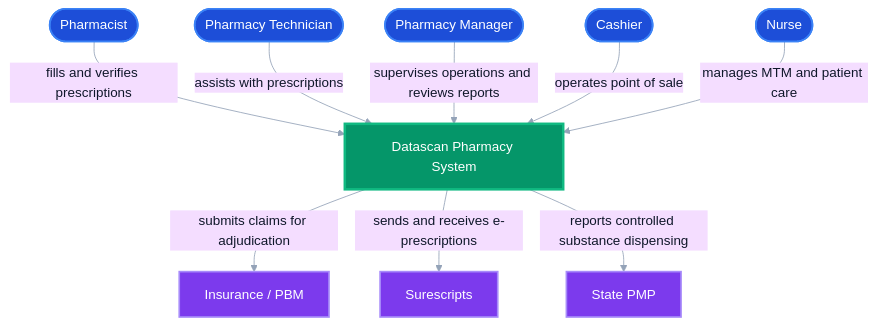
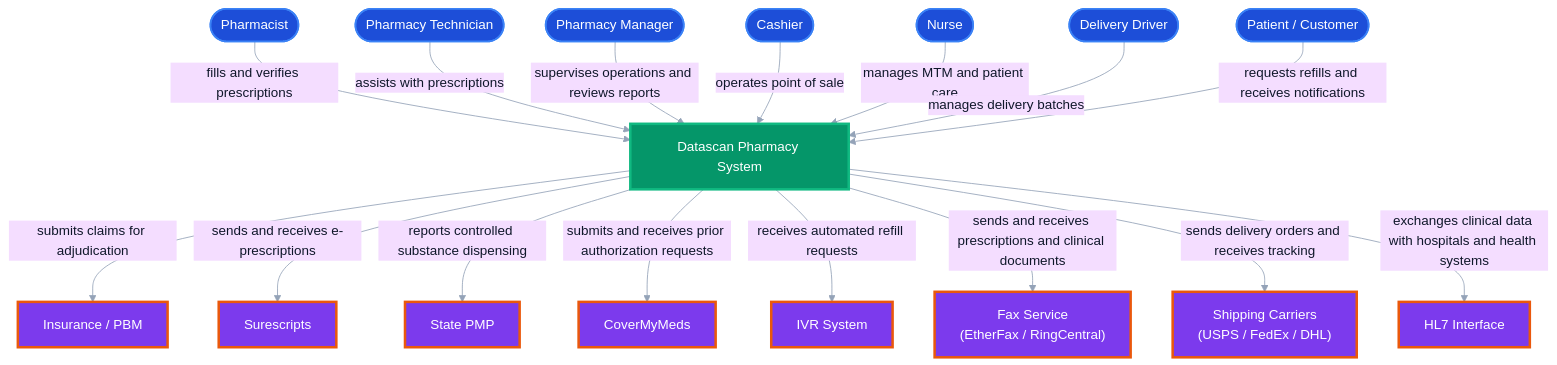
The diagram in C1.md (edsonvalher/datascanpharmacy-wpf-planselection), drawn with Mermaid before and after one commit. The commit also changed other lines of this file, not shown here.

Commit message:
identify external systems and corelation

````diff
--- a/C1.md
+++ b/C1.md
@@ -5,44 +5,58 @@
 ```mermaid
 %%{init: {'theme':'base','themeVariables':{
 'background':'#0f172a',
 'primaryTextColor':'#0f172a',
 'primaryBorderColor':'#334155',
 'lineColor':'#94a3b8',
 'fontFamily':'JetBrains Mono, monospace'
 }}}%%
 
 graph TD
 
     Pharmacist(["Pharmacist"])
     Technician(["Pharmacy Technician"])
     Manager(["Pharmacy Manager"])
     Cashier(["Cashier"])
     Nurse(["Nurse"])
+    Driver(["Delivery Driver"])
+    Patient(["Patient / Customer"])
 
     System["Datascan Pharmacy System"]
 
     PBM["Insurance / PBM"]
     Surescripts["Surescripts"]
     PMP["State PMP"]
+    CoverMyMeds["CoverMyMeds"]
+    IVR["IVR System"]
+    Fax["Fax Service\n(EtherFax / RingCentral)"]
+    Shipping["Shipping Carriers\n(USPS / FedEx / DHL)"]
+    HL7["HL7 Interface"]
 
     Pharmacist -->|fills and verifies prescriptions| System
     Technician -->|assists with prescriptions| System
     Manager -->|supervises operations and reviews reports| System
     Cashier -->|operates point of sale| System
     Nurse -->|manages MTM and patient care| System
+    Driver -->|manages delivery batches| System
+    Patient -->|requests refills and receives notifications| System
 
     System -->|submits claims for adjudication| PBM
     System -->|sends and receives e-prescriptions| Surescripts
     System -->|reports controlled substance dispensing| PMP
+    System -->|submits and receives prior authorization requests| CoverMyMeds
+    System -->|receives automated refill requests| IVR
+    System -->|sends and receives prescriptions and clinical documents| Fax
+    System -->|sends delivery orders and receives tracking| Shipping
+    System -->|exchanges clinical data with hospitals and health systems| HL7
 
 
     %% Colors
 
     classDef people fill:#1d4ed8,color:#ffffff,stroke:#3b82f6,stroke-width:2px
     classDef system fill:#059669,color:#ffffff,stroke:#10b981,stroke-width:3px
-    classDef external fill:#7c3aed,color:#ffffff,stroke:#a78bfa,stroke-width:2px
+    classDef external fill:#7c3aed,color:#ffffff,stroke:#ea580c,stroke-width:3px
 
-    class Pharmacist,Technician,Manager,Cashier,Nurse people
+    class Pharmacist,Technician,Manager,Cashier,Nurse,Driver,Patient people
     class System system
-    class PBM,Surescripts,PMP external
+    class PBM,Surescripts,PMP,CoverMyMeds,IVR,Fax,Shipping,HL7 external
 ```
````
